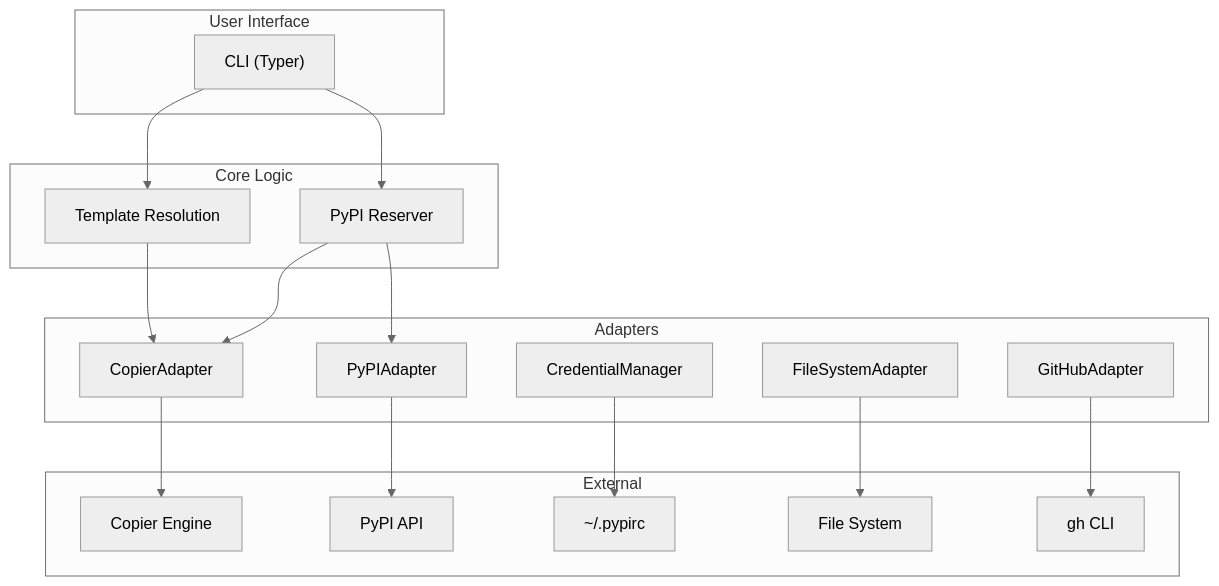
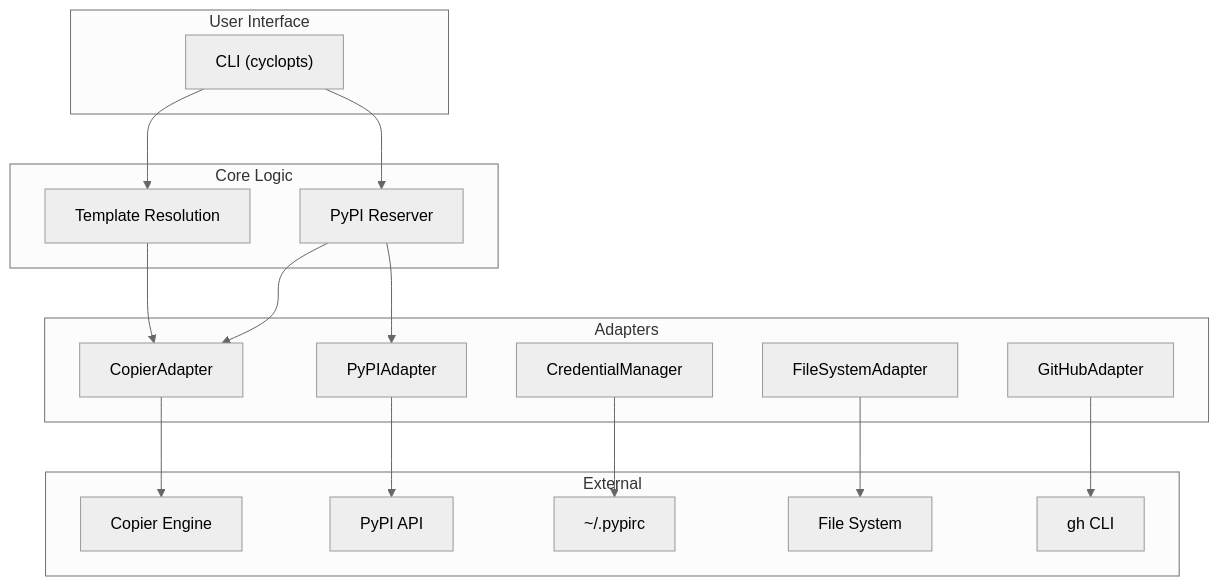
Before and after one commit to axm-protocols/axm-init: the diagram in docs/explanation/architecture.md, drawn with Mermaid (neutral theme). The commit also changed other lines of this file and 10 other files, not shown here.

First line of the commit message:
refactor: migrate CLI from Typer to Cyclopts, harden pyproject.toml, align docs on Diátaxis

````diff
--- a/docs/explanation/architecture.md
+++ b/docs/explanation/architecture.md
@@ -7,38 +7,38 @@
 ```mermaid
 graph TD
     subgraph "User Interface"
-        CLI["CLI (Typer)"]
+        CLI["CLI (cyclopts)"]
     end
 
     subgraph "Core Logic"
         Templates["Template Resolution"]
         Reserver["PyPI Reserver"]
     end
 
     subgraph "Adapters"
         Copier["CopierAdapter"]
         PyPI["PyPIAdapter"]
         Creds["CredentialManager"]
         FS["FileSystemAdapter"]
         GH["GitHubAdapter"]
     end
 
     subgraph "External"
         CopierEngine["Copier Engine"]
         PyPIAPI["PyPI API"]
         PyPIRC["~/.pypirc"]
         Disk["File System"]
         GHCLI["gh CLI"]
     end
 
     CLI --> Templates
     CLI --> Reserver
     Reserver --> PyPI
     Reserver --> Copier
     Templates --> Copier
     Copier --> CopierEngine
     PyPI --> PyPIAPI
     Creds --> PyPIRC
     FS --> Disk
     GH --> GHCLI
 ```
````
